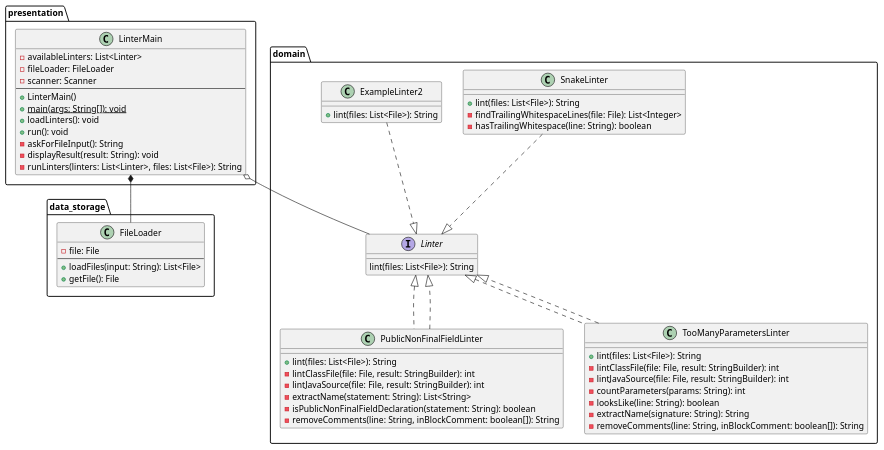
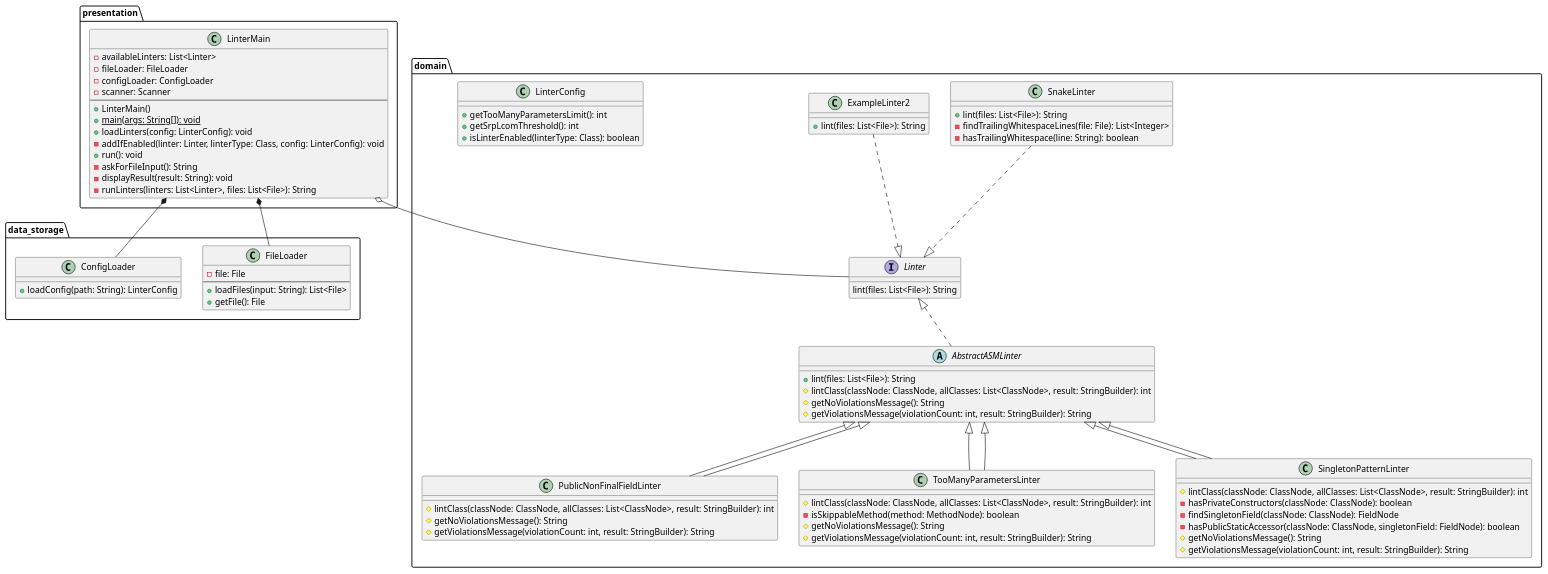
The diagram in current.puml (rhit-medleymc/CSSE374-Linter-Project), drawn with PlantUML before and after one commit. The commit also changed other lines of this file and 16 other files, not shown here.

Commit message:
singleton detector+ config based linter runs

```diff
--- a/current.puml
+++ b/current.puml
@@ -6,68 +6,88 @@
 @startuml
 package data_storage{
   class FileLoader {
     -file: File
     --
     +loadFiles(input: String): List<File>
     +getFile(): File
+  }
+  class ConfigLoader {
+    +loadConfig(path: String): LinterConfig
   }
 }
 
 package domain{
   class SnakeLinter {
     +lint(files: List<File>): String
     -findTrailingWhitespaceLines(file: File): List<Integer>
     -hasTrailingWhitespace(line: String): boolean
   }
 
-  class PublicNonFinalFieldLinter implements Linter{
+  abstract class AbstractASMLinter implements Linter {
     +lint(files: List<File>): String
-    -lintClassFile(file: File, result: StringBuilder): int
-    -lintJavaSource(file: File, result: StringBuilder): int
-    -extractName(statement: String): List<String>
-    -isPublicNonFinalFieldDeclaration(statement: String): boolean
-    -removeComments(line: String, inBlockComment: boolean[]): String
+    #lintClass(classNode: ClassNode, allClasses: List<ClassNode>, result: StringBuilder): int
+    #getNoViolationsMessage(): String
+    #getViolationsMessage(violationCount: int, result: StringBuilder): String
+  }
+
+  class PublicNonFinalFieldLinter extends AbstractASMLinter{
+    #lintClass(classNode: ClassNode, allClasses: List<ClassNode>, result: StringBuilder): int
+    #getNoViolationsMessage(): String
+    #getViolationsMessage(violationCount: int, result: StringBuilder): String
   }
 
   class ExampleLinter2 {
     +lint(files: List<File>): String
   }
 
-  class TooManyParametersLinter implements Linter{
-    +lint(files: List<File>): String
-    -lintClassFile(file: File, result: StringBuilder): int
-    -lintJavaSource(file: File, result: StringBuilder): int
-    -countParameters(params: String): int
-    -looksLike(line: String): boolean
-    -extractName(signature: String): String
-    -removeComments(line: String, inBlockComment: boolean[]): String
+  class TooManyParametersLinter extends AbstractASMLinter{
+    #lintClass(classNode: ClassNode, allClasses: List<ClassNode>, result: StringBuilder): int
+    -isSkippableMethod(method: MethodNode): boolean
+    #getNoViolationsMessage(): String
+    #getViolationsMessage(violationCount: int, result: StringBuilder): String
   }
-
+  class SingletonPatternLinter extends AbstractASMLinter{
+    #lintClass(classNode: ClassNode, allClasses: List<ClassNode>, result: StringBuilder): int
+    -hasPrivateConstructors(classNode: ClassNode): boolean
+    -findSingletonField(classNode: ClassNode): FieldNode
+    -hasPublicStaticAccessor(classNode: ClassNode, singletonField: FieldNode): boolean
+    #getNoViolationsMessage(): String
+    #getViolationsMessage(violationCount: int, result: StringBuilder): String
+  }
+  class LinterConfig {
+    +getTooManyParametersLimit(): int
+    +getSrpLcomThreshold(): int
+    +isLinterEnabled(linterType: Class): boolean
+  }
   interface Linter {
     lint(files: List<File>): String
   }
 }
 
 package presentation{
   class LinterMain {
     -availableLinters: List<Linter>
     -fileLoader: FileLoader
+    -configLoader: ConfigLoader
     -scanner: Scanner
     --
     +LinterMain()
     +{static} main(args: String[]): void
-    +loadLinters(): void
+    +loadLinters(config: LinterConfig): void
+    -addIfEnabled(linter: Linter, linterType: Class, config: LinterConfig): void
     +run(): void
     -askForFileInput(): String
     -displayResult(result: String): void
     -runLinters(linters: List<Linter>, files: List<File>): String
   }
 }
 
 SnakeLinter ..|> Linter
 ExampleLinter2 ..|> Linter
-TooManyParametersLinter ..|> Linter
+TooManyParametersLinter --|> AbstractASMLinter
 LinterMain o-- Linter
 LinterMain *-- FileLoader
-PublicNonFinalFieldLinter ..|> Linter
+LinterMain *-- ConfigLoader
+PublicNonFinalFieldLinter --|> AbstractASMLinter
+SingletonPatternLinter --|> AbstractASMLinter
 @enduml
```
